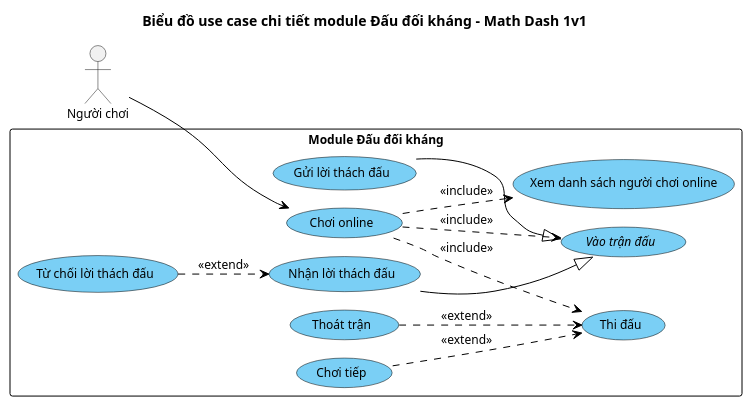
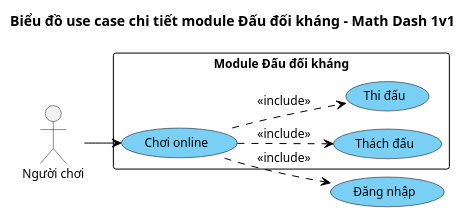
One commit to HungNguyenBa1811/math-dash changed the diagram in docs/hung/uc-chi-tiet-doi-khang.puml. Above: the diagram before and after it, drawn with PlantUML. The commit also changed 11 other files, not shown here.

```diff
--- a/docs/hung/uc-chi-tiet-doi-khang.puml
+++ b/docs/hung/uc-chi-tiet-doi-khang.puml
@@ -1,48 +1,38 @@
 @startuml uc-chi-tiet-doi-khang
 !pragma layout smetana
 ' === VP Base Theme v2 ===
 skinparam defaultFontName "Segoe UI"
 skinparam defaultFontSize 12
 skinparam shadowing false
 skinparam arrowColor #000000
 skinparam lineColor #000000
 hide circle
 
 skinparam usecase {
   BackgroundColor #7ACFF5
   BorderColor Black
   FontColor Black
 }
 skinparam rectangle {
   BackgroundColor #FFFFFF
   BorderColor Black
 }
 
 left to right direction
 title Biểu đồ use case chi tiết module Đấu đối kháng – Math Dash 1v1
 
 actor "Người chơi" as A1
 
 rectangle "Module Đấu đối kháng" {
   usecase "Chơi online" as UC03
-  usecase "Xem danh sách người chơi online" as DS
-  usecase "//Vào trận đấu//" as VTD
-  usecase "Gửi lời thách đấu" as GUI
-  usecase "Nhận lời thách đấu" as NHAN
-  usecase "Từ chối lời thách đấu" as TC
-  usecase "Thi đấu" as TD
-  usecase "Thoát trận" as TT
-  usecase "Chơi tiếp" as CT
+  usecase "Thách đấu" as TD
+  usecase "Thi đấu" as TDAU
 }
+usecase "Đăng nhập" as DN
 
 A1 --> UC03
 
-UC03 ..> DS : <<include>>
-UC03 ..> VTD : <<include>>
+UC03 ..> DN : <<include>>
 UC03 ..> TD : <<include>>
-GUI --|> VTD
-NHAN --|> VTD
-TC ..> NHAN : <<extend>>
-TT ..> TD : <<extend>>
-CT ..> TD : <<extend>>
+UC03 ..> TDAU : <<include>>
 @enduml
```
